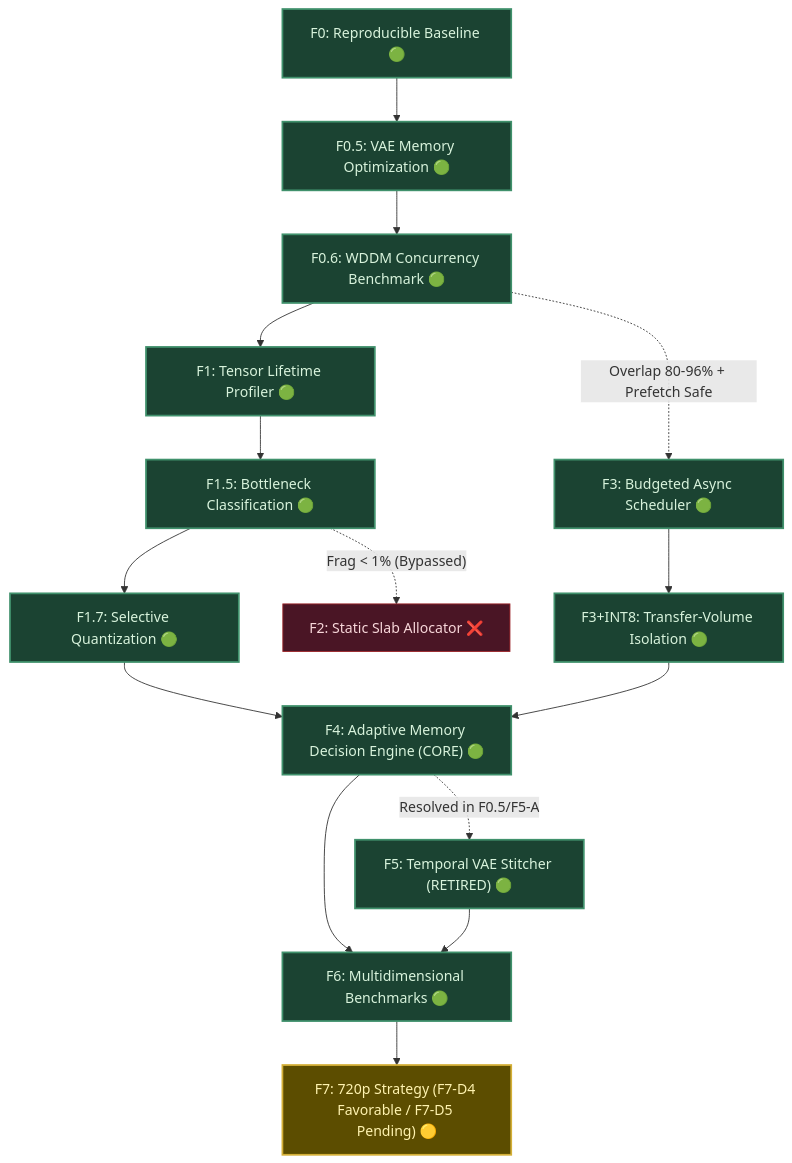
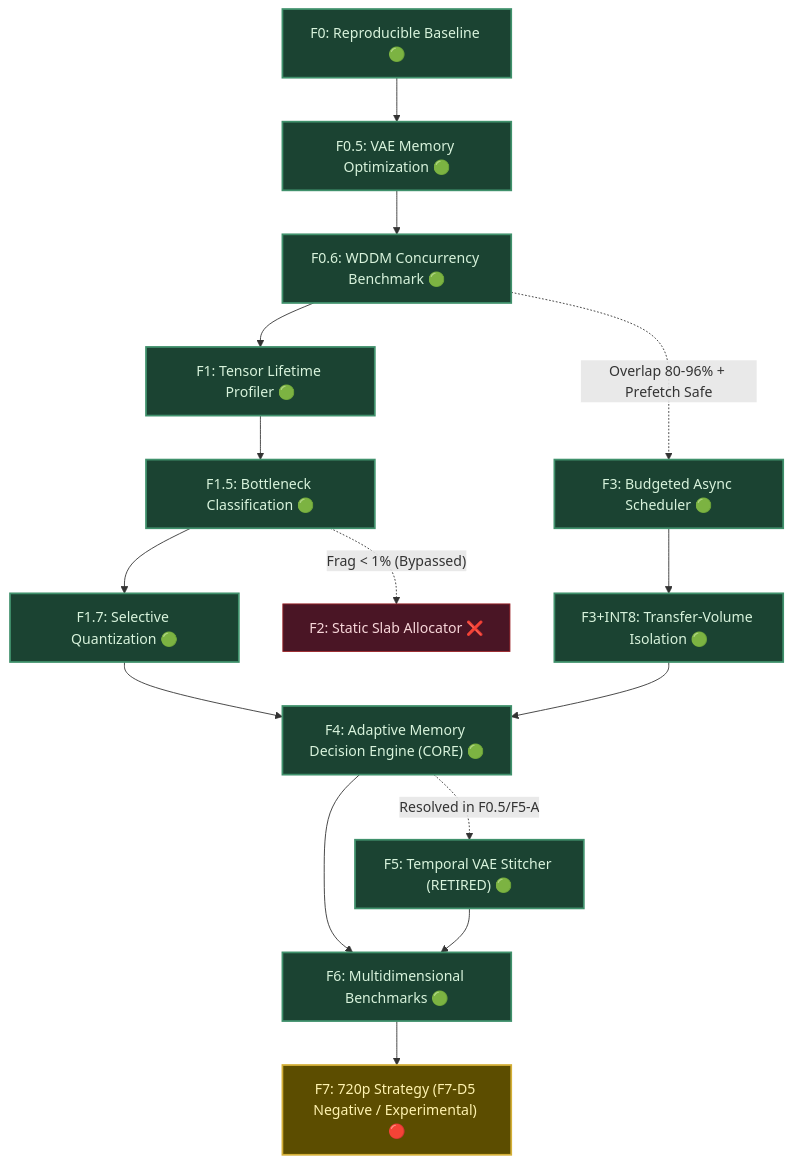
The diagram in ROADMAP.md (LARP/marley-adaptive-runtime), drawn with Mermaid before and after one commit. The commit also changed other lines of this file and 4 other files, not shown here.

````diff
--- a/ROADMAP.md
+++ b/ROADMAP.md
@@ -91,24 +91,24 @@
 ```mermaid
 flowchart TD
     F0["F0: Reproducible Baseline 🟢"] --> F05["F0.5: VAE Memory Optimization 🟢"]
     F05 --> F06["F0.6: WDDM Concurrency Benchmark 🟢"]
     F06 --> F1["F1: Tensor Lifetime Profiler 🟢"]
     F1 --> F15["F1.5: Bottleneck Classification 🟢"]
     F15 --> F17["F1.7: Selective Quantization 🟢"]
     F15 -.->|"Frag < 1% (Bypassed)"| F2["F2: Static Slab Allocator ❌"]
     F06 -.->|"Overlap 80-96% + Prefetch Safe"| F3["F3: Budgeted Async Scheduler 🟢"]
     F17 --> F4["F4: Adaptive Memory Decision Engine (CORE) 🟢"]
     F3 --> F3I8["F3+INT8: Transfer-Volume Isolation 🟢"] --> F4
     F4 -.->|"Resolved in F0.5/F5-A"| F5["F5: Temporal VAE Stitcher (RETIRED) 🟢"]
     F4 --> F6["F6: Multidimensional Benchmarks 🟢"]
     F5 --> F6
-    F6 --> F7["F7: 720p Strategy (F7-D4 Favorable / F7-D5 Pending) 🟡"]
+    F6 --> F7["F7: 720p Strategy (F7-D5 Negative / Experimental) 🔴"]
 
     classDef pass fill:#1b4332,stroke:#40916c,stroke-width:2px,color:#d8f3dc;
     classDef inprog fill:#5c4d00,stroke:#d4af37,stroke-width:2px,color:#fff3b0;
     classDef bypass fill:#4a1525,stroke:#9b2226,stroke-width:1px,color:#f8d7da;
     class F0,F05,F06,F1,F15,F17,F3 pass;
     class F3I8,F4,F5,F6 pass;
     class F7 inprog;
     class F2 bypass;
 ```
````
